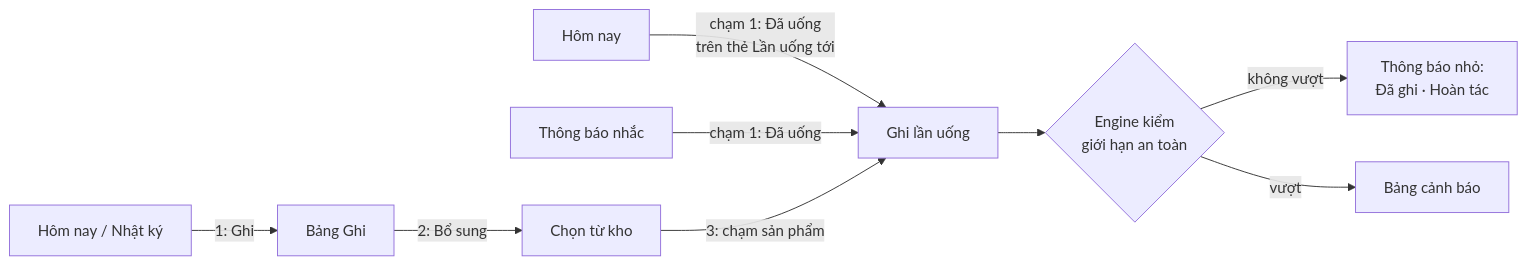
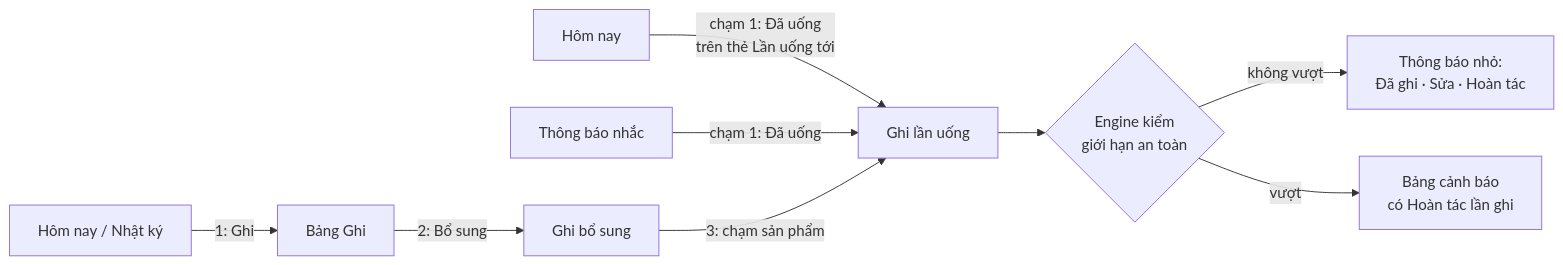
One commit to anhdt9/wholewell-app changed the fourth of 6 diagrams in docs/design/mvp-overview.md. Above: the diagram before and after it, drawn with Mermaid. The commit also changed other lines of this file and 2 other files, not shown here.

First line of the commit message:
Sửa thiết kế UX tổng thể cho khớp engine và nguồn

````diff
--- a/docs/design/mvp-overview.md
+++ b/docs/design/mvp-overview.md
@@ -109,9 +139,9 @@
 ```mermaid
 flowchart LR
   H[Hôm nay] -->|chạm 1: Đã uống<br/>trên thẻ Lần uống tới| D[Ghi lần uống]
   TB[Thông báo nhắc] -->|chạm 1: Đã uống| D
-  H2[Hôm nay / Nhật ký] -->|1: Ghi| G[Bảng Ghi] -->|2: Bổ sung| K[Chọn từ kho] -->|3: chạm sản phẩm| D
+  H2[Hôm nay / Nhật ký] -->|1: Ghi| G[Bảng Ghi] -->|2: Bổ sung| K[Ghi bổ sung] -->|3: chạm sản phẩm| D
   D --> U{Engine kiểm<br/>giới hạn an toàn}
-  U -->|không vượt| OK[Thông báo nhỏ:<br/>Đã ghi · Hoàn tác]
-  U -->|vượt| CW[Bảng cảnh báo]
+  U -->|không vượt| OK[Thông báo nhỏ:<br/>Đã ghi · Sửa · Hoàn tác]
+  U -->|vượt| CW[Bảng cảnh báo<br/>có Hoàn tác lần ghi]
 ```
````
